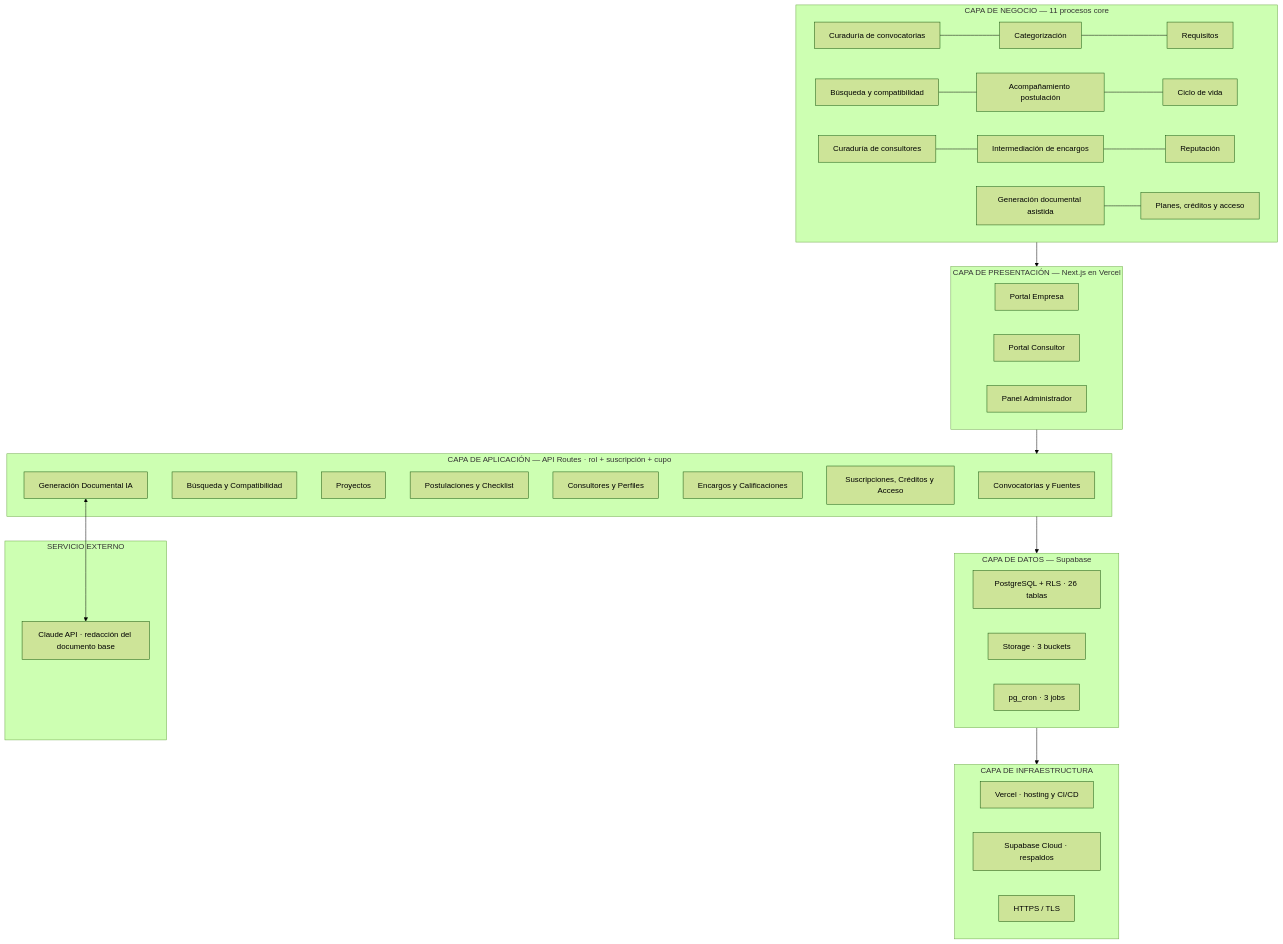
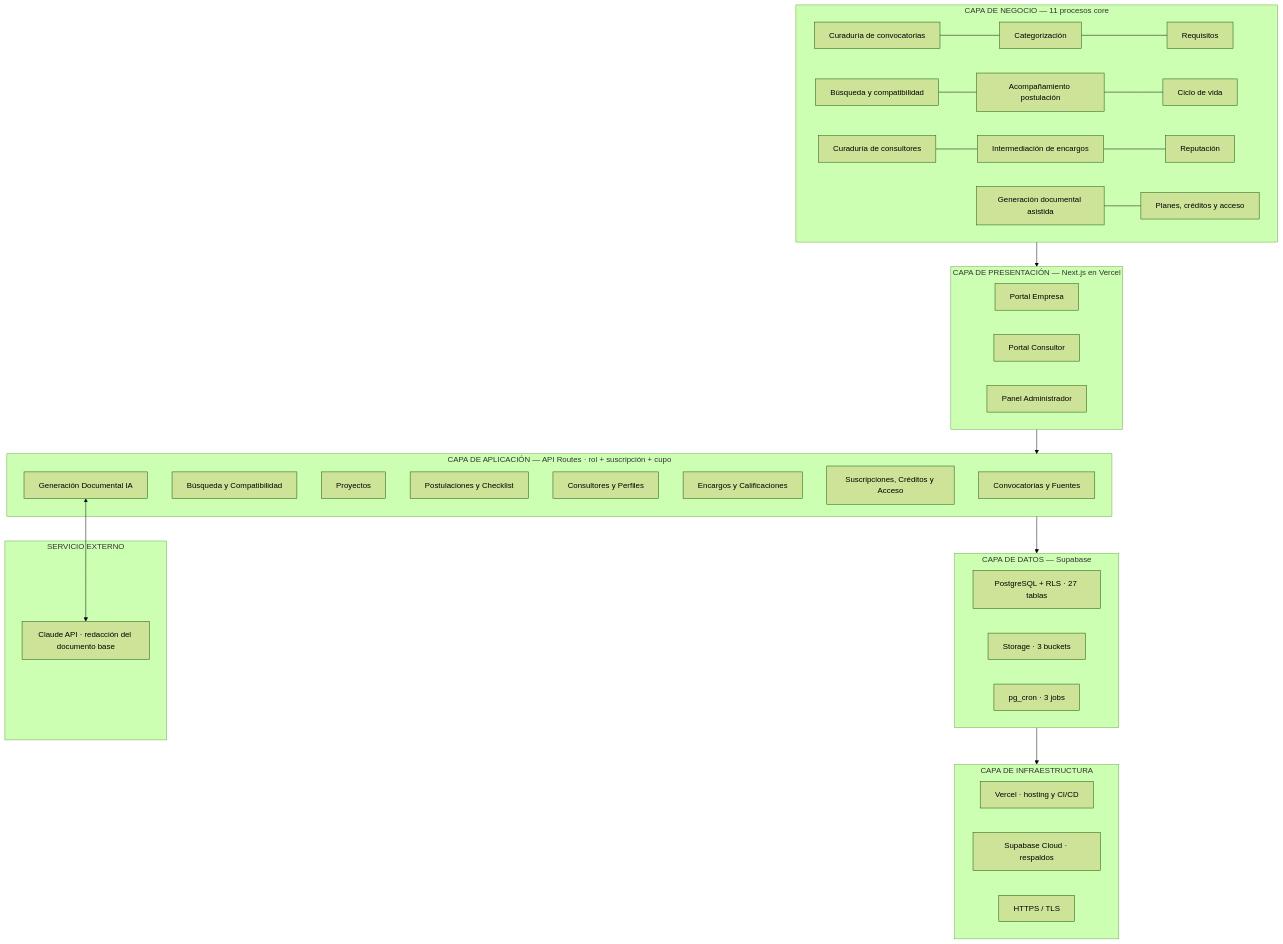
One commit to danielangeline/Convocatorias changed the diagram in docs/04-arquitectura.md. Above: the diagram before and after it, drawn with Mermaid (forest theme). The commit also changed other lines of this file and 14 other files, not shown here.

````diff
--- a/docs/04-arquitectura.md
+++ b/docs/04-arquitectura.md
@@ -12,39 +12,39 @@
 ```mermaid
 flowchart TB
     subgraph NEGOCIO["CAPA DE NEGOCIO — 11 procesos core"]
         P1["Curaduría de convocatorias"] --- P2["Categorización"] --- P3["Requisitos"]
         P4["Búsqueda y compatibilidad"] --- P5["Acompañamiento postulación"] --- P6["Ciclo de vida"]
         P7["Curaduría de consultores"] --- P8["Intermediación de encargos"] --- P9["Reputación"]
         P10["Generación documental asistida"] --- P11["Planes, créditos y acceso"]
     end
     subgraph PRESENTACION["CAPA DE PRESENTACIÓN — Next.js en Vercel"]
         PU["Portal Empresa"]
         PC["Portal Consultor"]
         PA["Panel Administrador"]
     end
     subgraph APLICACION["CAPA DE APLICACIÓN — API Routes · rol + suscripción + cupo"]
         S1["Convocatorias y Fuentes"]
         S2["Búsqueda y Compatibilidad"]
         S3["Proyectos"]
         S4["Postulaciones y Checklist"]
         S5["Consultores y Perfiles"]
         S6["Encargos y Calificaciones"]
         S7["Suscripciones, Créditos y Acceso"]
         S8["Generación Documental IA"]
     end
     subgraph IA["SERVICIO EXTERNO"]
         CL["Claude API · redacción del documento base"]
     end
     subgraph DATOS["CAPA DE DATOS — Supabase"]
-        DB["PostgreSQL + RLS · 26 tablas"]
+        DB["PostgreSQL + RLS · 27 tablas"]
         ST["Storage · 3 buckets"]
         CR["pg_cron · 3 jobs"]
     end
     subgraph INFRA["CAPA DE INFRAESTRUCTURA"]
         V["Vercel · hosting y CI/CD"]
         SC["Supabase Cloud · respaldos"]
         TLS["HTTPS / TLS"]
     end
     NEGOCIO --> PRESENTACION --> APLICACION --> DATOS --> INFRA
     S8 <--> CL
 ```
````
